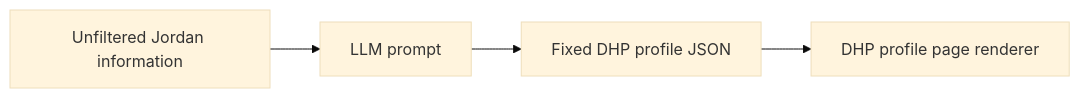
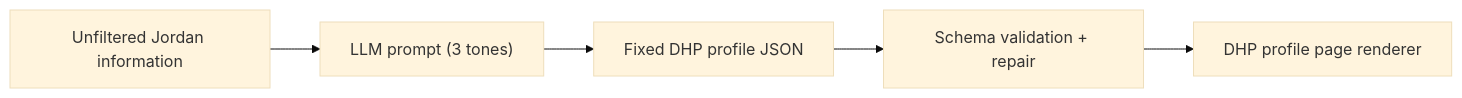
One commit to JKennethG283/gradstack changed the first of 2 diagrams in track-3-ai/task-2-write-and-test-a-prompt/README.md. Above: the diagram before and after it, drawn with Mermaid (base theme). The commit also changed other lines of this file and 4 other files, not shown here.

````diff
--- a/track-3-ai/task-2-write-and-test-a-prompt/README.md
+++ b/track-3-ai/task-2-write-and-test-a-prompt/README.md
@@ -9,6 +18,7 @@
 ```mermaid
 flowchart LR
-    A["Unfiltered Jordan information"] --> B["LLM prompt"]
+    A["Unfiltered Jordan information"] --> B["LLM prompt (3 tones)"]
     B --> C["Fixed DHP profile JSON"]
-    C --> D["DHP profile page renderer"]
+    C --> D["Schema validation + repair"]
+    D --> E["DHP profile page renderer"]
 ```
````
